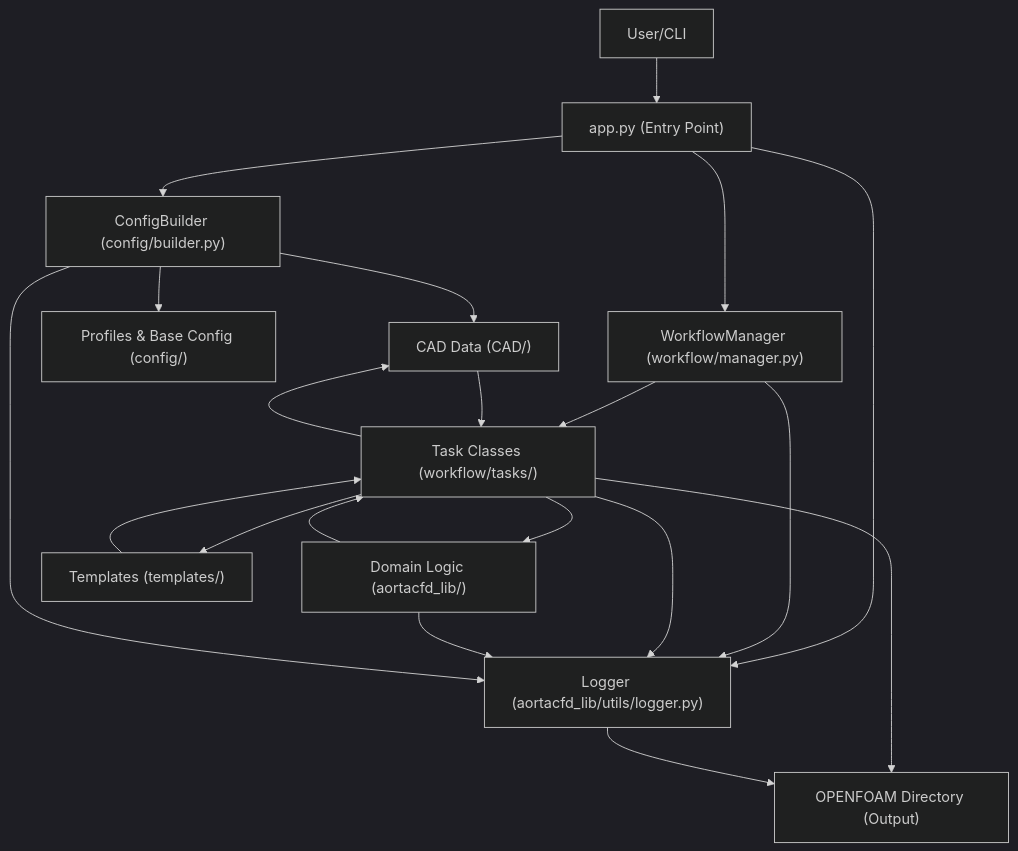
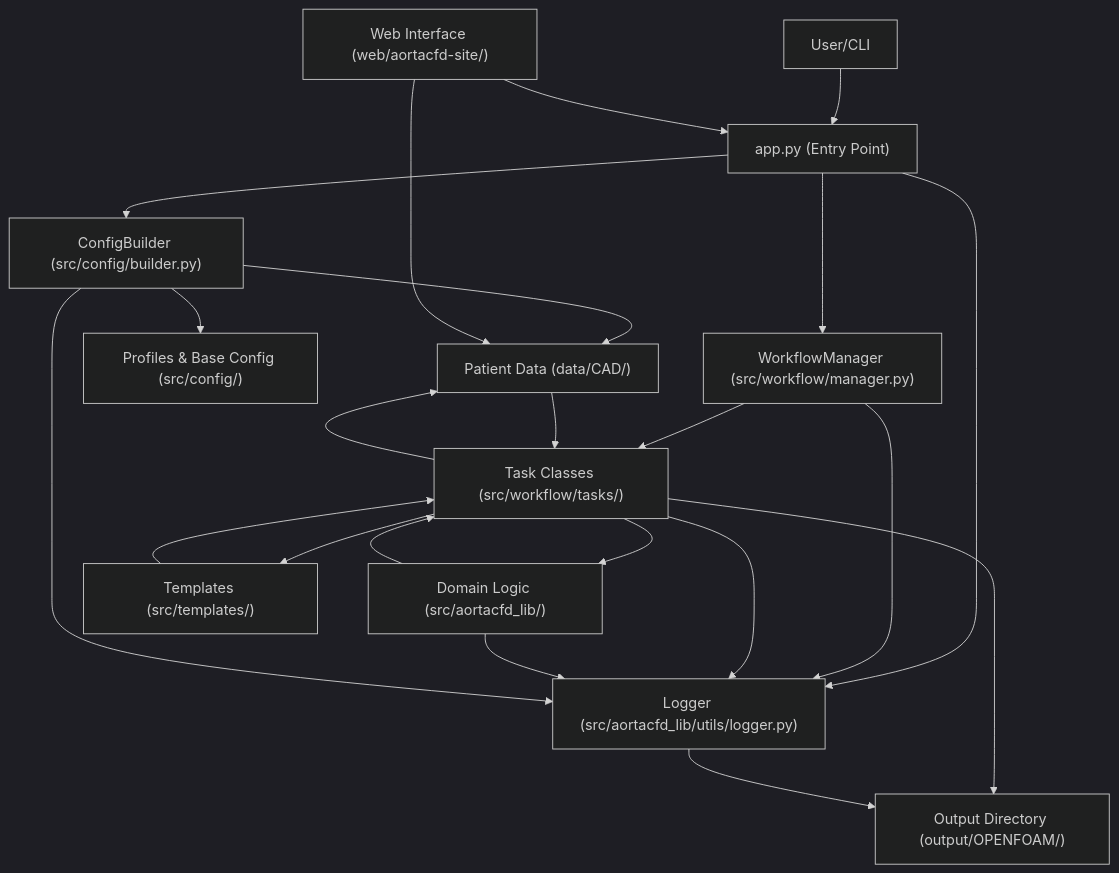
The diagram in README.md (JieWangnk/AortaCFD-app), drawn with Mermaid (dark theme) before and after one commit. The commit also changed other lines of this file and 15796 other files, not shown here.

````diff
--- a/README.md
+++ b/README.md
@@ -107,22 +191,25 @@
 ```mermaid
 flowchart TD
     A["User/CLI"] --> B["app.py (Entry Point)"]
-    B --> C["ConfigBuilder (config/builder.py)"]
-    B --> D["WorkflowManager (workflow/manager.py)"]
-    C --> I["Profiles & Base Config (config/)"]
-    C --> H["CAD Data (CAD/)"]
-    D --> E["Task Classes (workflow/tasks/)"]
-    E --> F["Domain Logic (aortacfd_lib/)"]
-    E --> G["Templates (templates/)"]
+    B --> C["ConfigBuilder (src/config/builder.py)"]
+    B --> D["WorkflowManager (src/workflow/manager.py)"]
+    C --> I["Profiles & Base Config (src/config/)"]
+    C --> H["Patient Data (data/CAD/)"]
+    D --> E["Task Classes (src/workflow/tasks/)"]
+    E --> F["Domain Logic (src/aortacfd_lib/)"]
+    E --> G["Templates (src/templates/)"]
     E --> H
-    E --> K["OPENFOAM Directory (Output)"]
-    B --> J["Logger (aortacfd_lib/utils/logger.py)"]
+    E --> K["Output Directory (output/OPENFOAM/)"]
+    B --> J["Logger (src/aortacfd_lib/utils/logger.py)"]
     D --> J
     E --> J
     F --> J
     C --> J
     G --> E
     H --> E
     F --> E
     J --> K
+    
+    W["Web Interface (web/aortacfd-site/)"] --> B
+    W --> H
 ```
````
